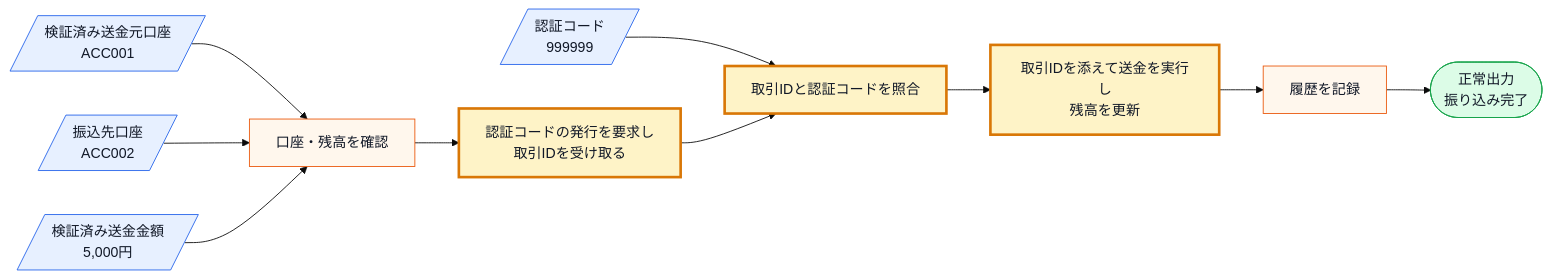
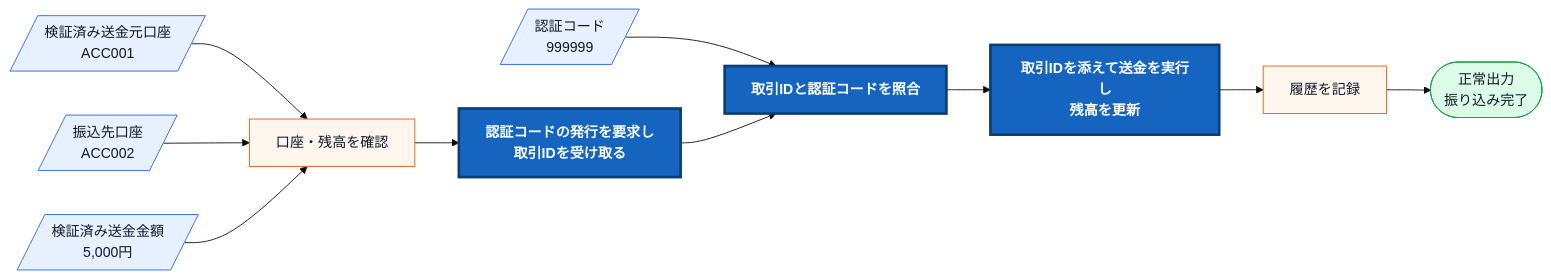
The fifth of 11 diagrams in kindle/design-patterns/output/chapter02.md (kumachan1101-pixel/DesignPattern), drawn with Mermaid (base theme) before and after one commit. The commit also changed 19 other files, not shown here.

First line of the commit message:
図の変更箇所を色で示し、変更前後の対比の説明構造をそろえる

````diff
--- a/kindle/design-patterns/output/chapter02.md
+++ b/kindle/design-patterns/output/chapter02.md
@@ -988,20 +988,20 @@
 ```mermaid
 flowchart LR
     A[/検証済み送金元口座<br>ACC001/]:::input --> D[口座・残高を確認]:::process
     C[/振込先口座<br>ACC002/]:::input --> D
     E[/検証済み送金金額<br>5,000円/]:::input --> D
     D --> P[認証コードの発行を要求し<br>取引IDを受け取る]:::process
     F[/認証コード<br>999999/]:::input --> G
     P --> G[取引IDと認証コードを照合]:::process
     G --> H
     H[取引IDを添えて送金を実行し<br>残高を更新]:::process
     H --> I[履歴を記録]:::process
     I --> J([正常出力<br>振り込み完了]):::normal
 
     classDef input fill:#e7f0ff,stroke:#2563eb,color:#111827;
     classDef process fill:#fff7ed,stroke:#ea580c,color:#111827;
-    classDef changed fill:#fef3c7,stroke:#d97706,stroke-width:3px,color:#111827;
+    classDef changed fill:#1565c0,stroke:#0b3d76,stroke-width:3px,color:#ffffff,font-weight:bold;
     classDef decision fill:#fef9c3,stroke:#ca8a04,color:#111827;
     classDef normal fill:#dcfce7,stroke:#16a34a,color:#111827;
     class P,G,H changed;
 ```
````
